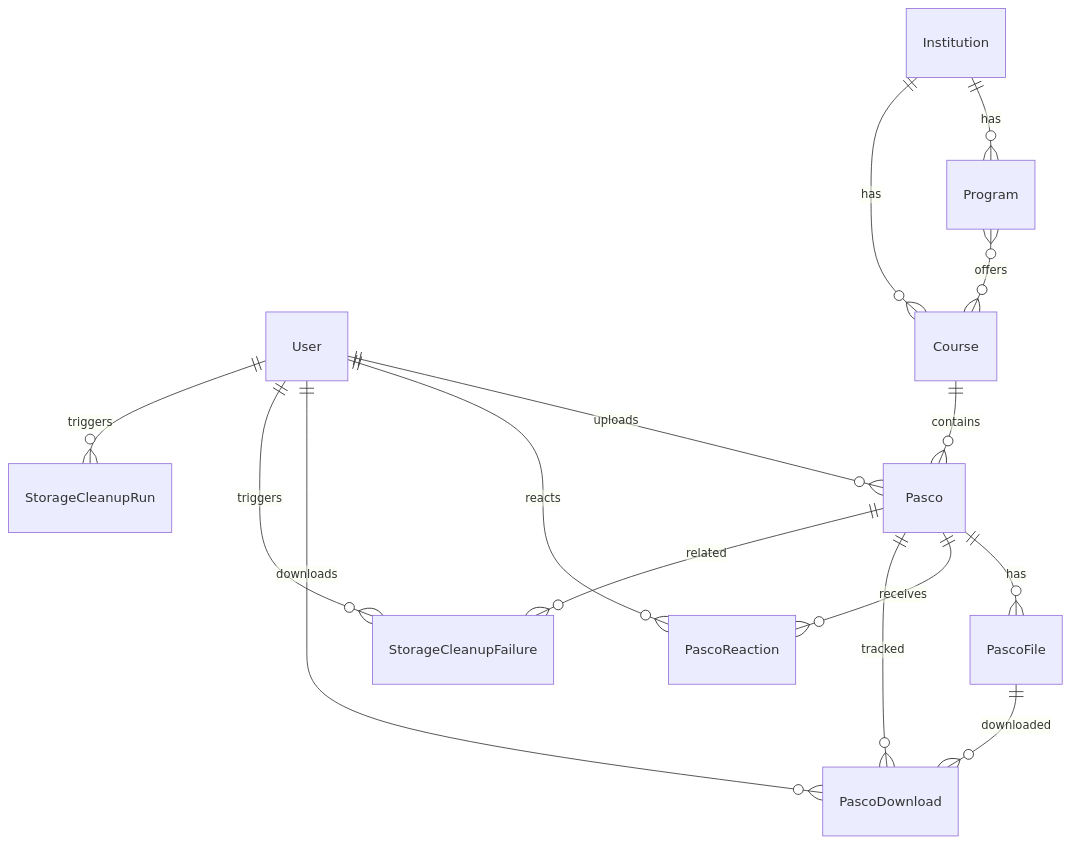
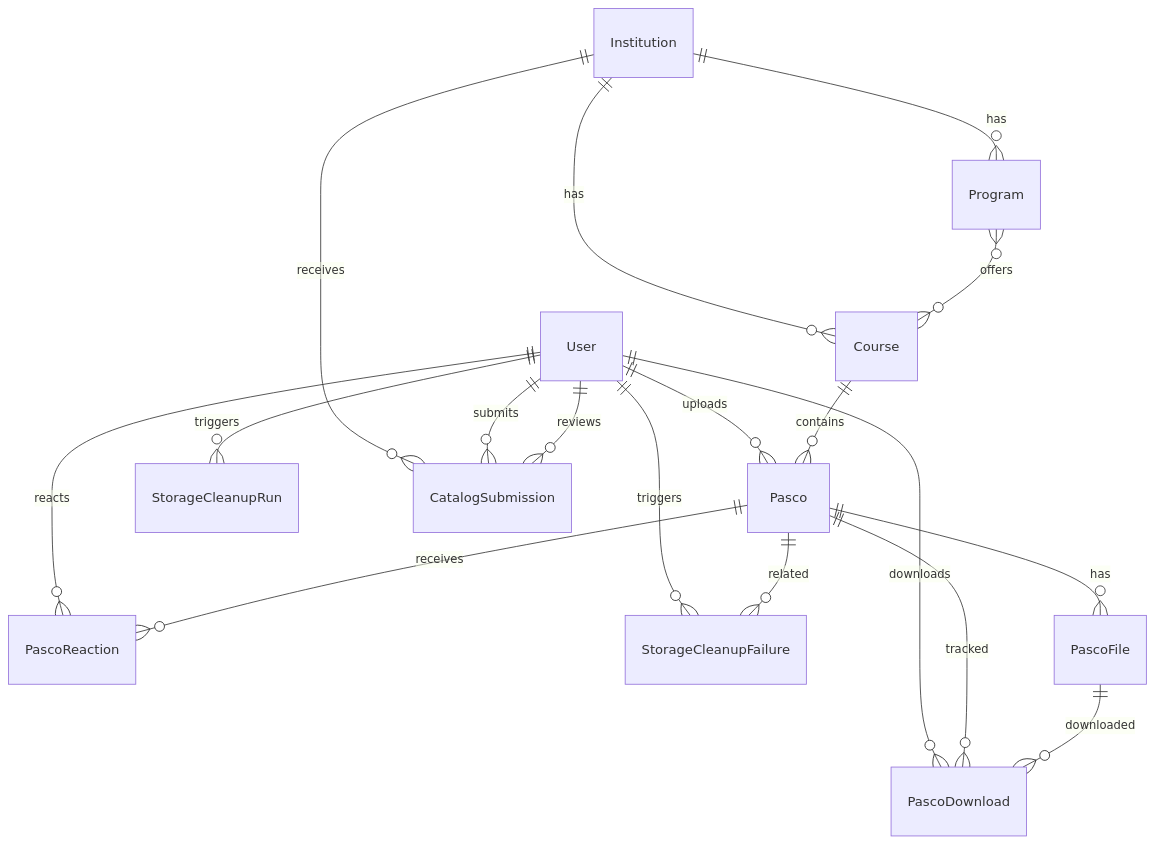
One commit to gideonadeti/unipascohub changed the diagram in docs/data-model.md. Above: the diagram before and after it, drawn with Mermaid. The commit also changed other lines of this file and 7 other files, not shown here.

First line of the commit message:
feat(catalog): enhance catalog submission features and documentation

````diff
--- a/docs/data-model.md
+++ b/docs/data-model.md
@@ -7,20 +7,23 @@
 ```mermaid
 erDiagram
   User ||--o{ Pasco : uploads
   User ||--o{ PascoReaction : reacts
   User ||--o{ PascoDownload : downloads
   User ||--o{ StorageCleanupFailure : triggers
   User ||--o{ StorageCleanupRun : triggers
 
   Institution ||--o{ Program : has
   Institution ||--o{ Course : has
+  Institution ||--o{ CatalogSubmission : receives
   Program }o--o{ Course : offers
   Course ||--o{ Pasco : contains
+  User ||--o{ CatalogSubmission : submits
+  User ||--o{ CatalogSubmission : reviews
 
   Pasco ||--o{ PascoFile : has
   Pasco ||--o{ PascoReaction : receives
   Pasco ||--o{ PascoDownload : tracked
   Pasco ||--o{ StorageCleanupFailure : related
 
   PascoFile ||--o{ PascoDownload : downloaded
 ```
````
